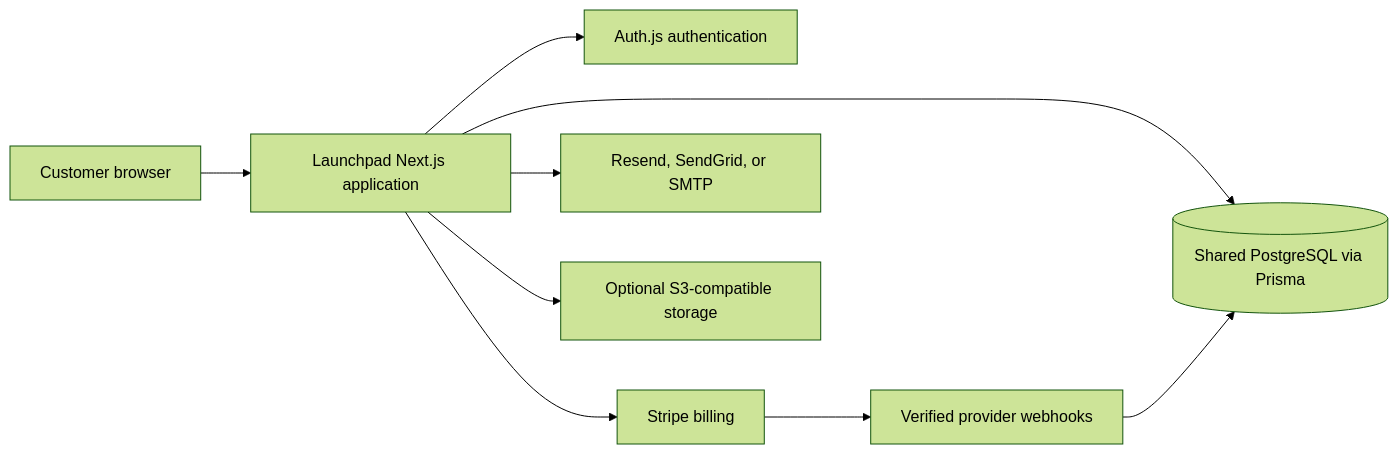
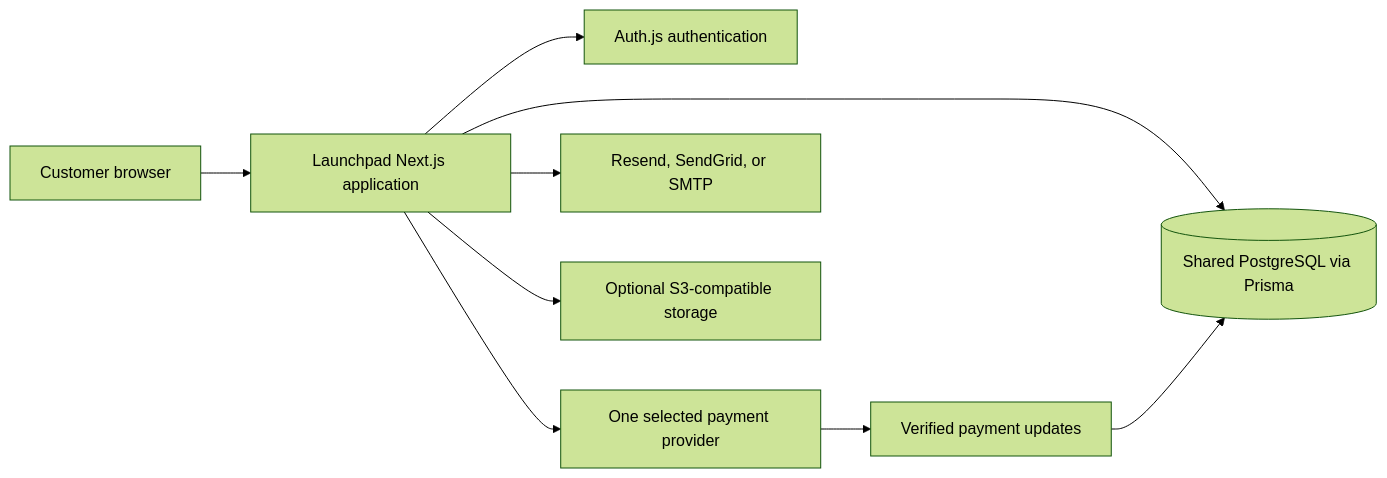
Before and after one commit to Shehroz2009/launchpad-showcase: the diagram in README.md, drawn with Mermaid (forest theme). The commit also changed other lines of this file and 19 other files, not shown here.

````diff
--- a/README.md
+++ b/README.md
@@ -56,11 +57,11 @@
 ```mermaid
 flowchart LR
   Visitor[Customer browser] --> App[Launchpad Next.js application]
   App --> Auth[Auth.js authentication]
   App --> DB[(Shared PostgreSQL via Prisma)]
-  App --> Stripe[Stripe billing]
-  Stripe --> Webhook[Verified provider webhooks]
+  App --> Payments[One selected payment provider]
+  Payments --> Webhook[Verified payment updates]
   Webhook --> DB
   App --> Email[Resend, SendGrid, or SMTP]
   App --> Storage[Optional S3-compatible storage]
 ```
````
